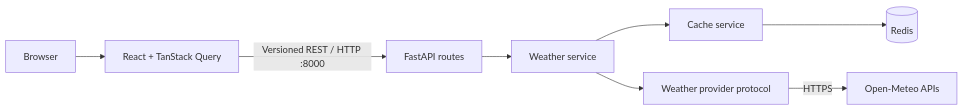
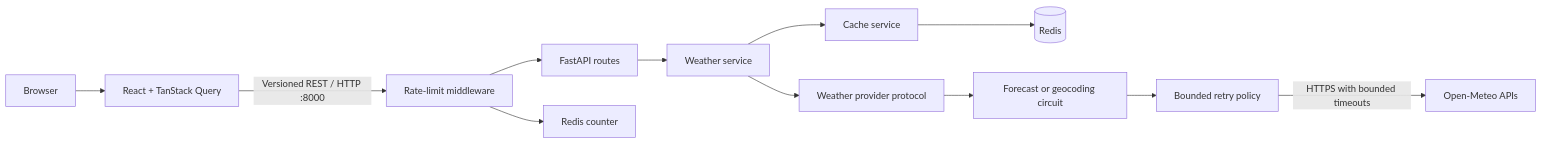
One commit to Singatha/weather-lab changed the diagram in docs/architecture.md. Above: the diagram before and after it, drawn with Mermaid. The commit also changed other lines of this file and 31 other files, not shown here.

Commit message:
feat(api): add resilience policies and rate limiting

````diff
--- a/docs/architecture.md
+++ b/docs/architecture.md
@@ -5,10 +5,14 @@
 ```mermaid
 flowchart LR
     Browser[Browser] --> Web[React + TanStack Query]
-    Web -->|Versioned REST / HTTP :8000| Routes[FastAPI routes]
+    Web -->|Versioned REST / HTTP :8000| Limit[Rate-limit middleware]
+    Limit --> Routes[FastAPI routes]
     Routes --> Service[Weather service]
     Service --> Cache[Cache service]
     Cache --> Redis[(Redis)]
     Service --> Provider[Weather provider protocol]
-    Provider -->|HTTPS| OpenMeteo[Open-Meteo APIs]
+    Provider --> Circuit[Forecast or geocoding circuit]
+    Circuit --> Retry[Bounded retry policy]
+    Retry -->|HTTPS with bounded timeouts| OpenMeteo[Open-Meteo APIs]
+    Limit --> RateRedis[Redis counter]
 ```
````
